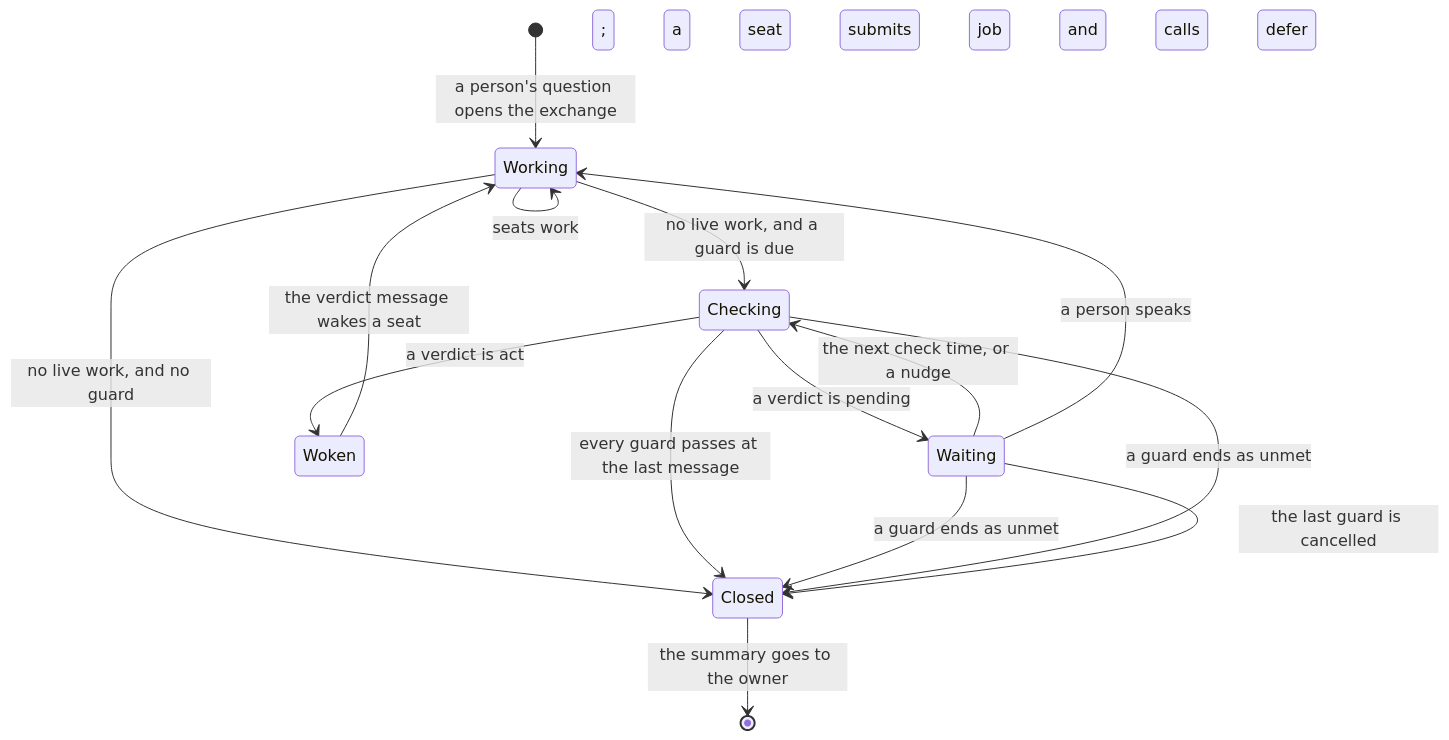
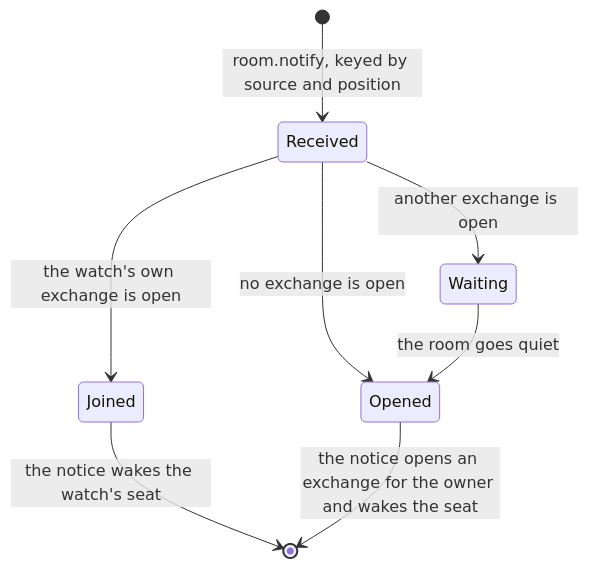
The second of 4 diagrams in docs/job.md (ambionframework/ambion), drawn with Mermaid before and after one commit. The commit also changed other lines of this file and 2 other files, not shown here.

First line of the commit message:
Rewrite docs/job.md: jobs, monitoring, and watches for attention

````diff
--- a/docs/job.md
+++ b/docs/job.md
@@ -93,17 +80,10 @@
 ```mermaid
 stateDiagram-v2
-    [*] --> Working : a person's question opens the exchange
-    Working --> Working : seats work; a seat submits a job and calls defer
-    Working --> Checking : no live work, and a guard is due
-    Working --> Closed : no live work, and no guard
-    Checking --> Waiting : a verdict is pending
-    Checking --> Woken : a verdict is act
-    Checking --> Closed : every guard passes at the last message
-    Waiting --> Checking : the next check time, or a nudge
-    Waiting --> Working : a person speaks
-    Woken --> Working : the verdict message wakes a seat
-    Waiting --> Closed : a guard ends as unmet
-    Checking --> Closed : a guard ends as unmet
-    Waiting --> Closed : the last guard is cancelled
-    Closed --> [*] : the summary goes to the owner
+    [*] --> Received : room.notify, keyed by source and position
+    Received --> Joined : the watch's own exchange is open
+    Received --> Opened : no exchange is open
+    Received --> Waiting : another exchange is open
+    Waiting --> Opened : the room goes quiet
+    Joined --> [*] : the notice wakes the watch's seat
+    Opened --> [*] : the notice opens an exchange for the owner and wakes the seat
 ```
````
